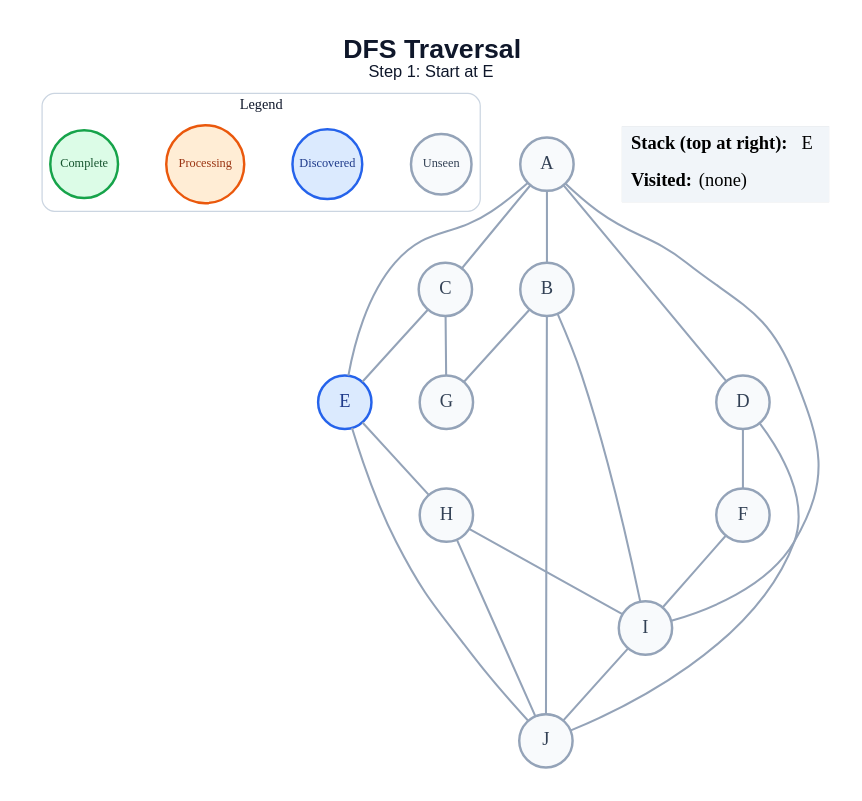
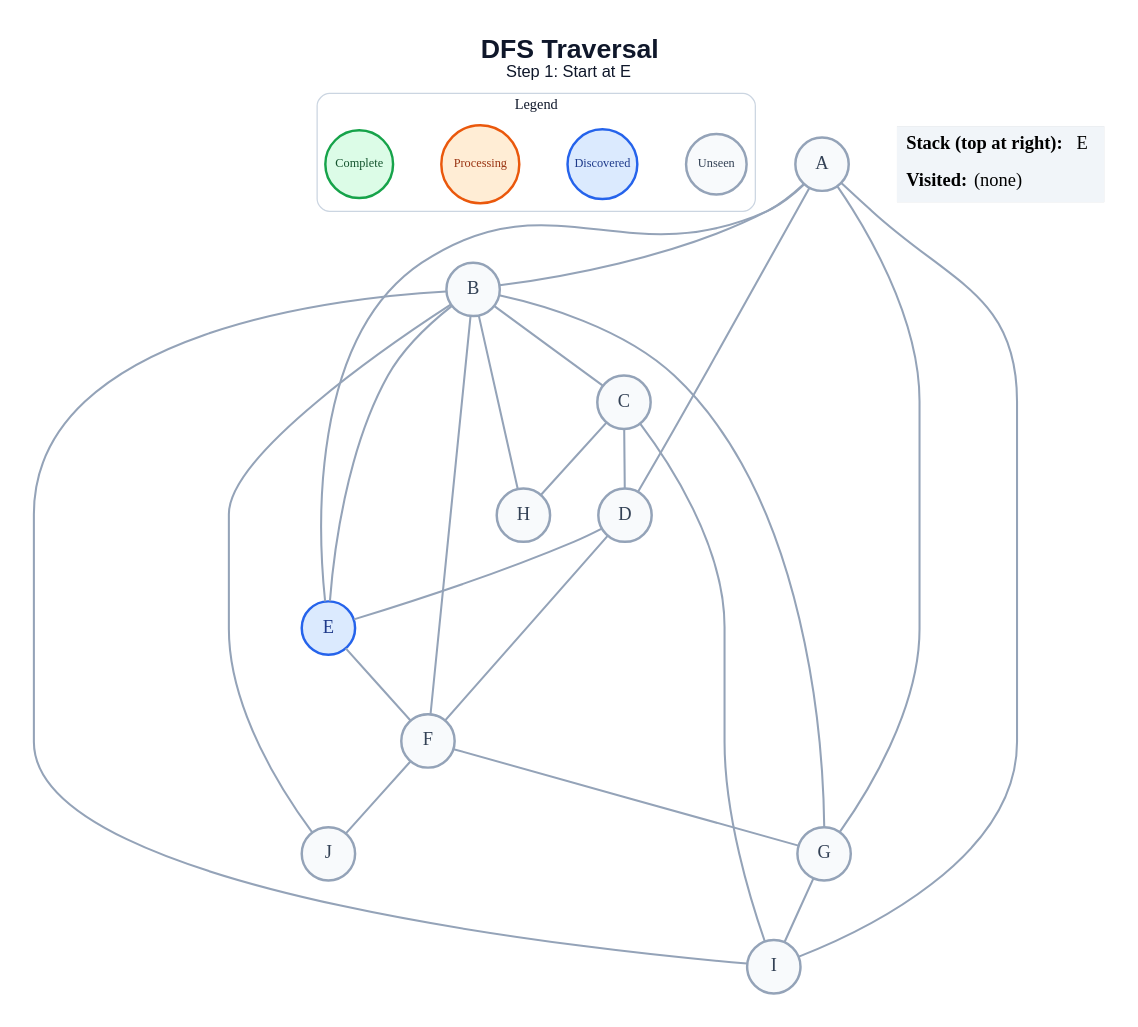
Before and after one commit to amanghodawala9/ai-slop: the diagram in generated/specific-node/dfs/step_01.dot, drawn with Graphviz. The commit also changed 178 other files, not shown here.

```diff
--- a/generated/specific-node/dfs/step_01.dot
+++ b/generated/specific-node/dfs/step_01.dot
@@ -1,47 +1,50 @@
 graph traversal {
   graph [layout=dot, rankdir=TB, bgcolor="#FFFFFF", pad="0.35", nodesep="0.65", ranksep="0.8", fontname="Arial"];
   node [shape=circle, style="filled", fontname="Arial Bold", fontsize=18, width=0.72, fixedsize=true, penwidth=2.4];
   edge [color="#94A3B8", penwidth=2.0];
   label=<<B>DFS Traversal</B><BR/><FONT POINT-SIZE="16">Step 1: Start at E</FONT>>; labelloc="t"; fontsize=26; fontname="Arial"; fontcolor="#0F172A";
   subgraph cluster_legend { label="Legend"; color="#CBD5E1"; penwidth=1.2; style="rounded"; fontsize=14; fontname="Arial Bold";
     key_unseen [label="Unseen", fillcolor="#F8FAFC", color="#94A3B8", fontcolor="#334155", fontsize=12, width=0.82];
     key_frontier [label="Discovered", fillcolor="#DBEAFE", color="#2563EB", fontcolor="#1E3A8A", fontsize=12, width=0.95];
     key_current [label="Processing", fillcolor="#FFEDD5", color="#EA580C", fontcolor="#9A3412", fontsize=12, width=1.05];
     key_done [label="Complete", fillcolor="#DCFCE7", color="#16A34A", fontcolor="#14532D", fontsize=12, width=0.92];
     { rank=same; key_unseen; key_frontier; key_current; key_done; }
   }
   A [fillcolor="#F8FAFC", color="#94A3B8", fontcolor="#334155"];
   B [fillcolor="#F8FAFC", color="#94A3B8", fontcolor="#334155"];
   C [fillcolor="#F8FAFC", color="#94A3B8", fontcolor="#334155"];
   D [fillcolor="#F8FAFC", color="#94A3B8", fontcolor="#334155"];
   E [fillcolor="#DBEAFE", color="#2563EB", fontcolor="#1E3A8A"];
   F [fillcolor="#F8FAFC", color="#94A3B8", fontcolor="#334155"];
   G [fillcolor="#F8FAFC", color="#94A3B8", fontcolor="#334155"];
   H [fillcolor="#F8FAFC", color="#94A3B8", fontcolor="#334155"];
   I [fillcolor="#F8FAFC", color="#94A3B8", fontcolor="#334155"];
   J [fillcolor="#F8FAFC", color="#94A3B8", fontcolor="#334155"];
   A -- B;
-  A -- C;
   A -- D;
   A -- E;
+  A -- G;
   A -- I;
+  B -- C;
+  B -- E;
+  B -- F;
   B -- G;
+  B -- H;
   B -- I;
   B -- J;
-  C -- E;
-  C -- G;
+  C -- D;
+  C -- H;
+  C -- I;
+  D -- E;
   D -- F;
-  D -- J;
-  E -- H;
-  E -- J;
-  F -- I;
-  H -- I;
-  H -- J;
-  I -- J;
+  E -- F;
+  F -- G;
+  F -- J;
+  G -- I;
   status [shape=plain, fixedsize=false, width=0, height=0, margin=0, label=<
     <TABLE BORDER="0" CELLBORDER="0" CELLPADDING="7" BGCOLOR="#F1F5F9">
       <TR><TD ALIGN="LEFT"><B>Stack (top at right):</B> E</TD></TR>
       <TR><TD ALIGN="LEFT"><B>Visited:</B> (none)</TD></TR>
     </TABLE>
   >];
 }
```
